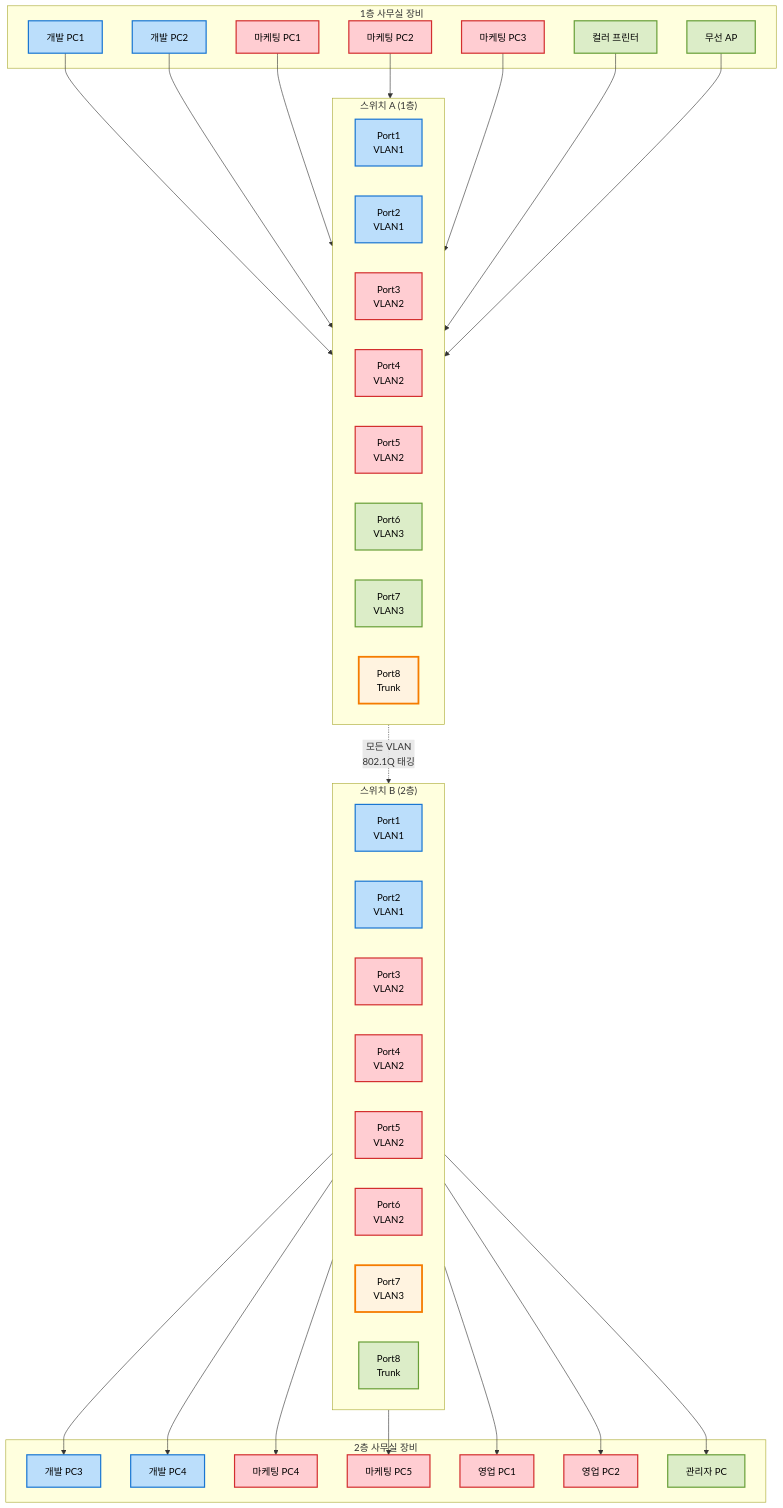
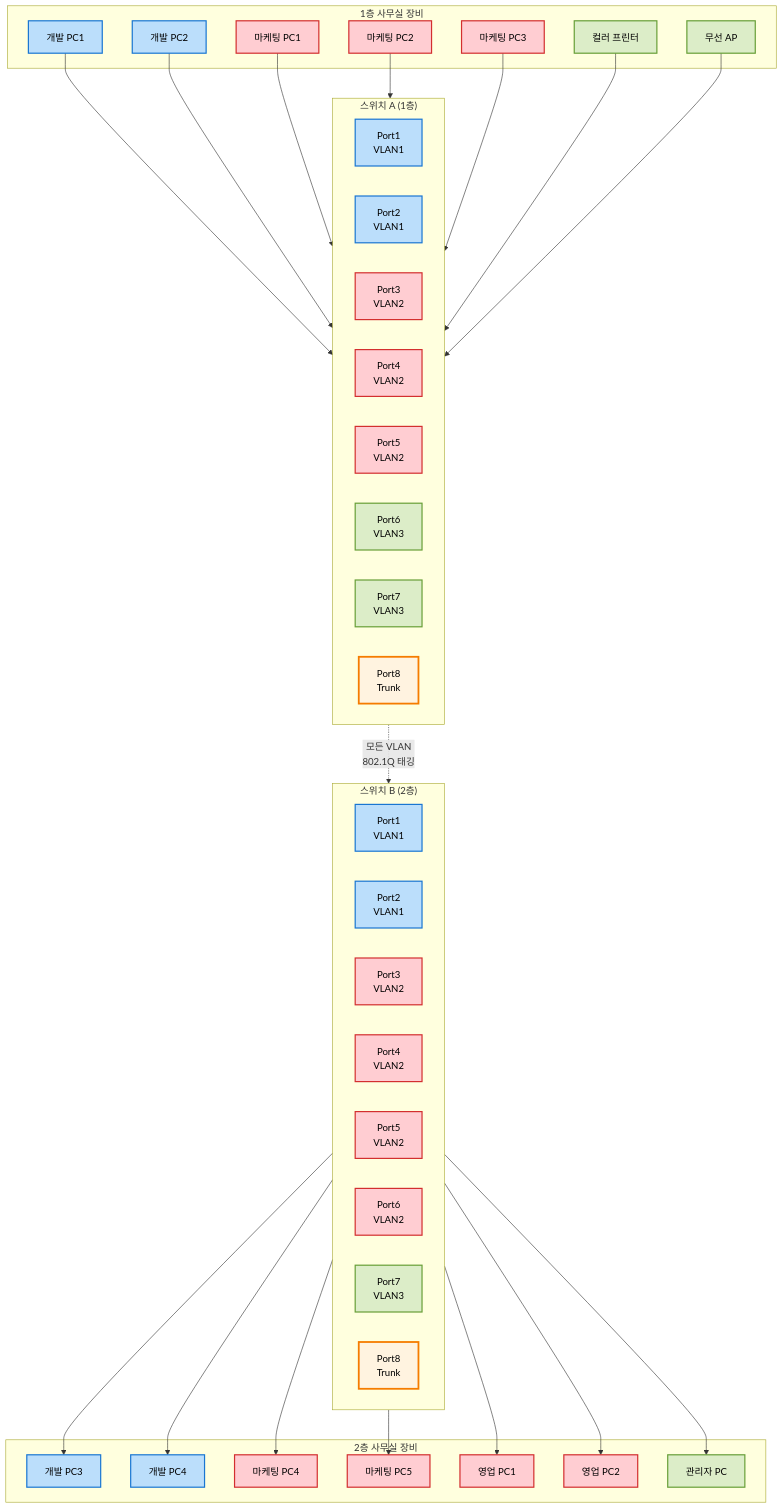
The diagram in 네트워크 기초부터 회사 구축까지/08-스위치.md (i31pc17/bitbook), drawn with Mermaid before and after one commit. The commit also changed 2 other files, not shown here.

Commit message:
문서 추가

````diff
--- a/네트워크 기초부터 회사 구축까지/08-스위치.md
+++ b/네트워크 기초부터 회사 구축까지/08-스위치.md
@@ -89,74 +89,74 @@
 ```mermaid
 flowchart TD
     subgraph Devices1["1층 사무실 장비"]
         PC1["개발 PC1"]
         PC2["개발 PC2"]
         PC3["마케팅 PC1"]
         PC4["마케팅 PC2"]
         PC5["마케팅 PC3"]
         PR1["컬러 프린터"]
         AP1["무선 AP"]
     end
 
     subgraph SwitchA["스위치 A (1층)"]
         direction LR
         P1A["Port1<br/>VLAN1"]
         P2A["Port2<br/>VLAN1"]
         P3A["Port3<br/>VLAN2"]
         P4A["Port4<br/>VLAN2"]
         P5A["Port5<br/>VLAN2"]
         P6A["Port6<br/>VLAN3"]
         P7A["Port7<br/>VLAN3"]
         P8A["Port8<br/>Trunk"]
     end
 
     subgraph SwitchB["스위치 B (2층)"]
         direction LR
         P1B["Port1<br/>VLAN1"]
         P2B["Port2<br/>VLAN1"]
         P3B["Port3<br/>VLAN2"]
         P4B["Port4<br/>VLAN2"]
         P5B["Port5<br/>VLAN2"]
         P6B["Port6<br/>VLAN2"]
         P7B["Port7<br/>VLAN3"]
         P8B["Port8<br/>Trunk"]
     end
 
     subgraph Devices2["2층 사무실 장비"]
         PC6["개발 PC3"]
         PC7["개발 PC4"]
         PC8["마케팅 PC4"]
         PC9["마케팅 PC5"]
         PC10["영업 PC1"]
         PC11["영업 PC2"]
         ADMIN["관리자 PC"]
     end
 
     PC1 --> P1A
     PC2 --> P2A
     PC3 --> P3A
     PC4 --> P4A
     PC5 --> P5A
     PR1 --> P6A
     AP1 --> P7A
 
     P8A -.->|"모든 VLAN<br/>802.1Q 태깅"| P8B
 
     P1B --> PC6
     P2B --> PC7
     P3B --> PC8
     P4B --> PC9
     P5B --> PC10
     P6B --> PC11
     P7B --> ADMIN
 
     classDef vlan1 fill:#bbdefb,stroke:#1976d2,stroke-width:2px,color:#000
     classDef vlan2 fill:#ffcdd2,stroke:#d32f2f,stroke-width:2px,color:#000
     classDef vlan3 fill:#dcedc8,stroke:#689f38,stroke-width:2px,color:#000
     classDef trunk fill:#fff3e0,stroke:#f57c00,stroke-width:3px,color:#000
 
     class PC1,PC2,P1A,P2A,PC6,PC7,P1B,P2B vlan1
     class PC3,PC4,PC5,P3A,P4A,P5A,PC8,PC9,PC10,PC11,P3B,P4B,P5B,P6B vlan2
-    class PR1,AP1,P6A,P7A,ADMIN,P8B vlan3
-    class P8A,P7B trunk
+    class PR1,AP1,P6A,P7A,ADMIN,P7B vlan3
+    class P8A,P8B trunk
 ```
````
